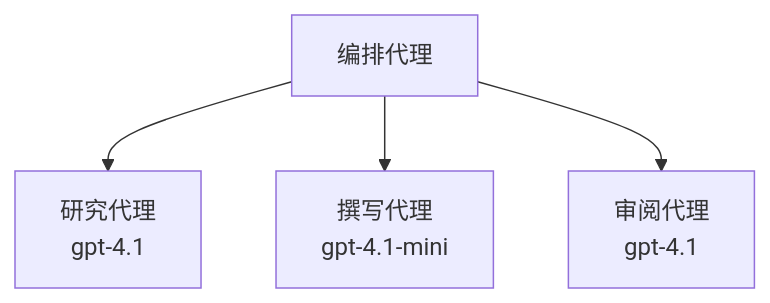
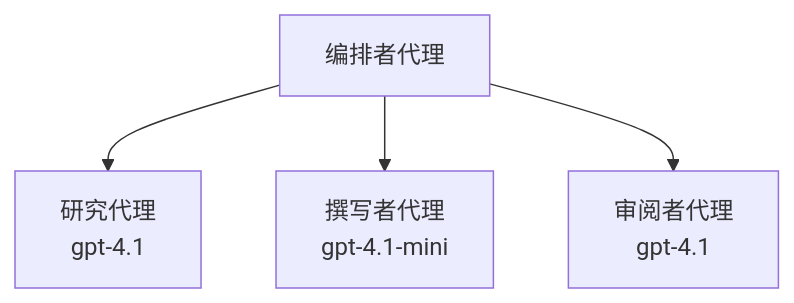
Before and after one commit to microsoft/AZD-for-beginners: the third of 3 diagrams in translations/zh-CN/docs/chapter-02-ai-development/agents.md, drawn with Mermaid. The commit also changed other lines of this file and 101 other files, not shown here.

````diff
--- a/translations/zh-CN/docs/chapter-02-ai-development/agents.md
+++ b/translations/zh-CN/docs/chapter-02-ai-development/agents.md
@@ -189,6 +194,6 @@
 ```mermaid
 graph TD
-    Orchestrator[编排代理] --> Research[研究代理<br/>gpt-4.1]
-    Orchestrator --> Writer[撰写代理<br/>gpt-4.1-mini]
-    Orchestrator --> Reviewer[审阅代理<br/>gpt-4.1]
+    Orchestrator[编排者代理] --> Research[研究代理<br/>gpt-4.1]
+    Orchestrator --> Writer[撰写者代理<br/>gpt-4.1-mini]
+    Orchestrator --> Reviewer[审阅者代理<br/>gpt-4.1]
 ```
````
